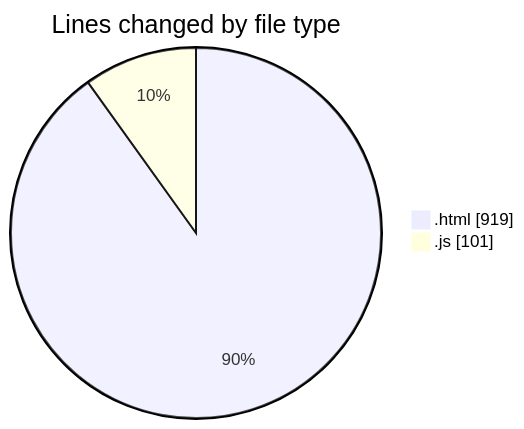
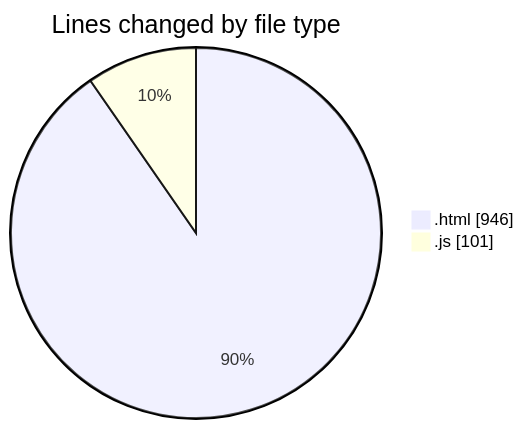
Before and after one commit to IJAZ3593/code-tracking: the first of 2 diagrams in 2025-09-13/new_folder/README.md, drawn with Mermaid. The commit also changed other lines of this file and 1 other file, not shown here.

````diff
--- a/2025-09-13/new_folder/README.md
+++ b/2025-09-13/new_folder/README.md
@@ -26,6 +26,6 @@
 ```mermaid
 pie showData
 title Lines changed by file type
-".html" : 919
+".html" : 946
 ".js" : 101
 ```
````
